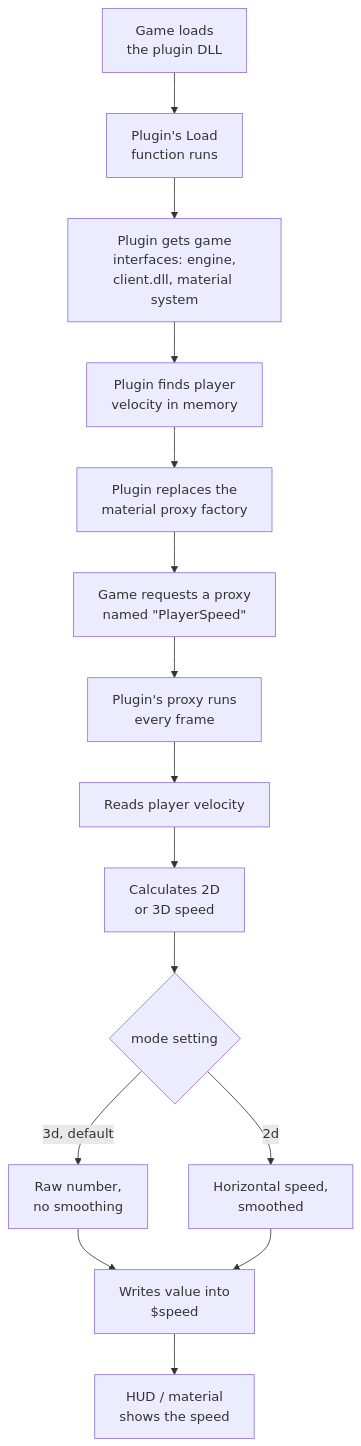
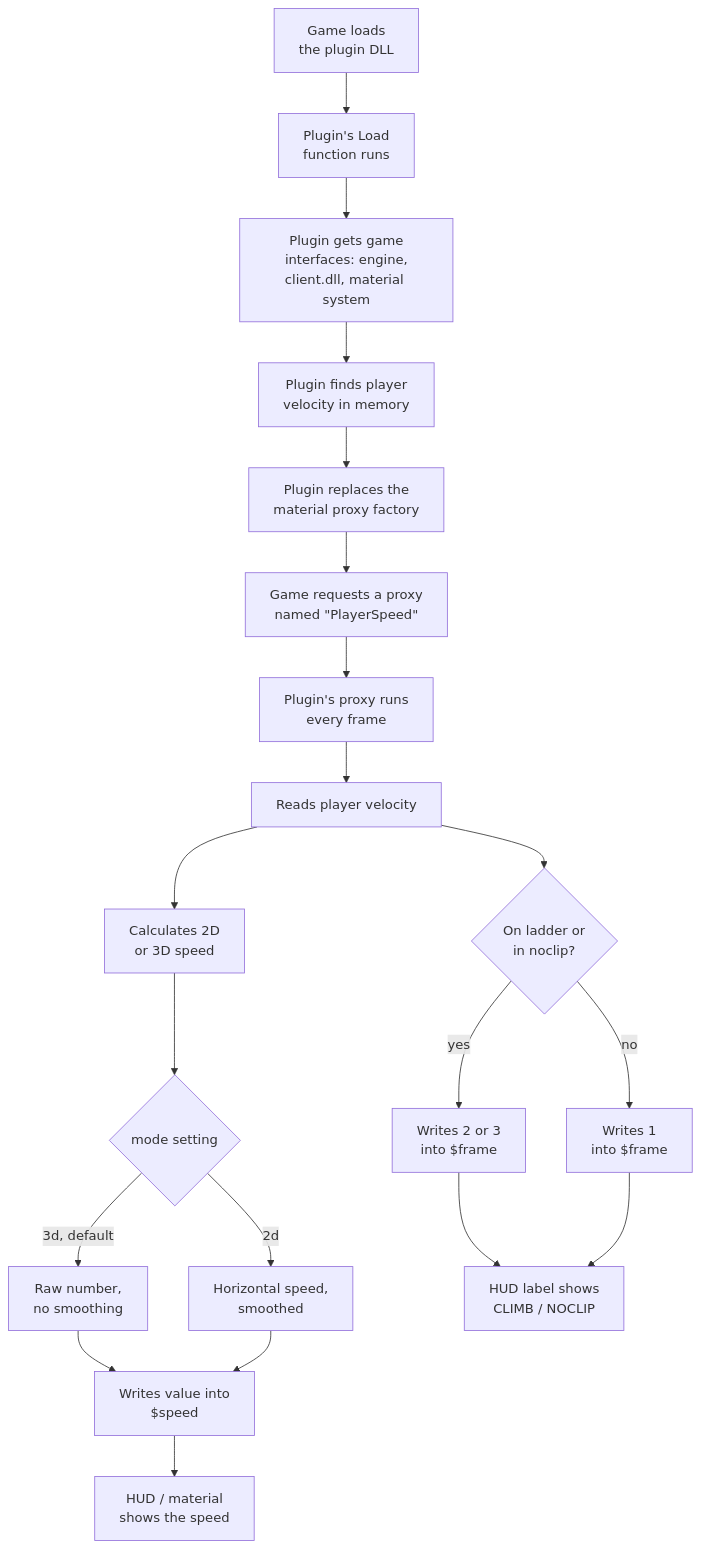
The diagram in ARCHITECTURE.md (sjrtp/l4d2_2dvel), drawn with Mermaid before and after one commit. The commit also changed other lines of this file and 2 other files, not shown here.

Commit message:
feat: add PlayerSpeedState label proxy, improve ladder detection

````diff
--- a/ARCHITECTURE.md
+++ b/ARCHITECTURE.md
@@ -9,17 +9,22 @@
 ```mermaid
 flowchart TD
     A[Game loads<br/>the plugin DLL] --> B[Plugin's Load<br/>function runs]
     B --> C[Plugin gets game<br/>interfaces: engine,<br/>client.dll, material system]
     C --> D[Plugin finds player<br/>velocity in memory]
     D --> E[Plugin replaces the<br/>material proxy factory]
     E --> F[Game requests a proxy<br/>named &quot;PlayerSpeed&quot;]
     F --> G[Plugin's proxy runs<br/>every frame]
     G --> H[Reads player velocity]
     H --> I[Calculates 2D<br/>or 3D speed]
     I --> J{mode setting}
     J -->|3d, default| K1[Raw number,<br/>no smoothing]
     J -->|2d| K2[Horizontal speed,<br/>smoothed]
     K1 --> L[Writes value into<br/>$speed]
     K2 --> L
     L --> M[HUD / material<br/>shows the speed]
+    H --> N{On ladder or<br/>in noclip?}
+    N -->|yes| O[Writes 2 or 3<br/>into $frame]
+    N -->|no| P[Writes 1<br/>into $frame]
+    O --> Q[HUD label shows<br/>CLIMB / NOCLIP]
+    P --> Q
 ```
````
